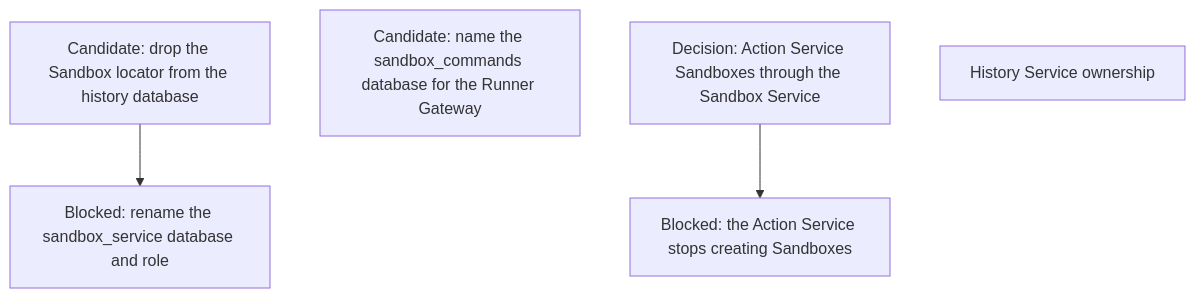
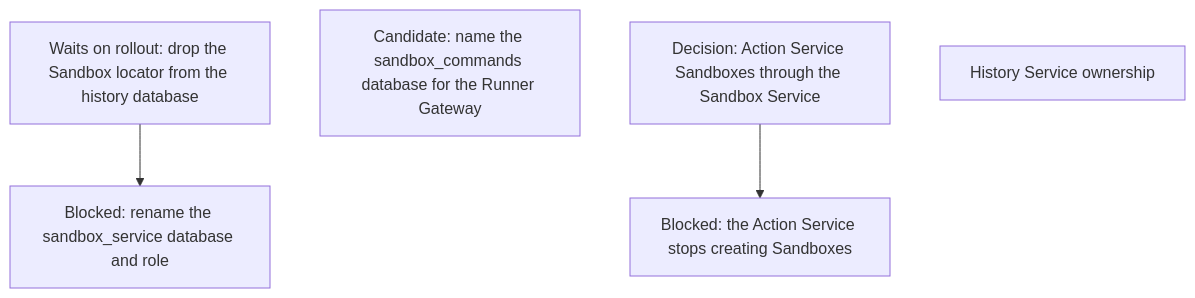
The tenth of 13 diagrams in agentplane/plans/task_dag.md (agentydragon-agent/ducktape), drawn with Mermaid before and after one commit. The commit also changed other lines of this file and 21 other files, not shown here.

````diff
--- a/agentplane/plans/task_dag.md
+++ b/agentplane/plans/task_dag.md
@@ -651,11 +651,11 @@
 ```mermaid
 flowchart TD
-    HISTORY_SANDBOX_LOCATOR_DROP[Candidate: drop the Sandbox locator from the history database]
+    HISTORY_SANDBOX_LOCATOR_DROP[Waits on rollout: drop the Sandbox locator from the history database]
     HISTORY_DATABASE_RENAME[Blocked: rename the sandbox_service database and role]
     SANDBOX_DATABASE_RENAME[Candidate: name the sandbox_commands database for the Runner Gateway]
     ACTION_SANDBOX_DESIGN[Decision: Action Service Sandboxes through the Sandbox Service]
     ACTION_SANDBOX_PROVISIONING[Blocked: the Action Service stops creating Sandboxes]
     ACTION_SANDBOX_DESIGN --> ACTION_SANDBOX_PROVISIONING
     HISTORY_SERVICE_OWNERSHIP[History Service ownership]
     HISTORY_SANDBOX_LOCATOR_DROP --> HISTORY_DATABASE_RENAME
 ```
````
